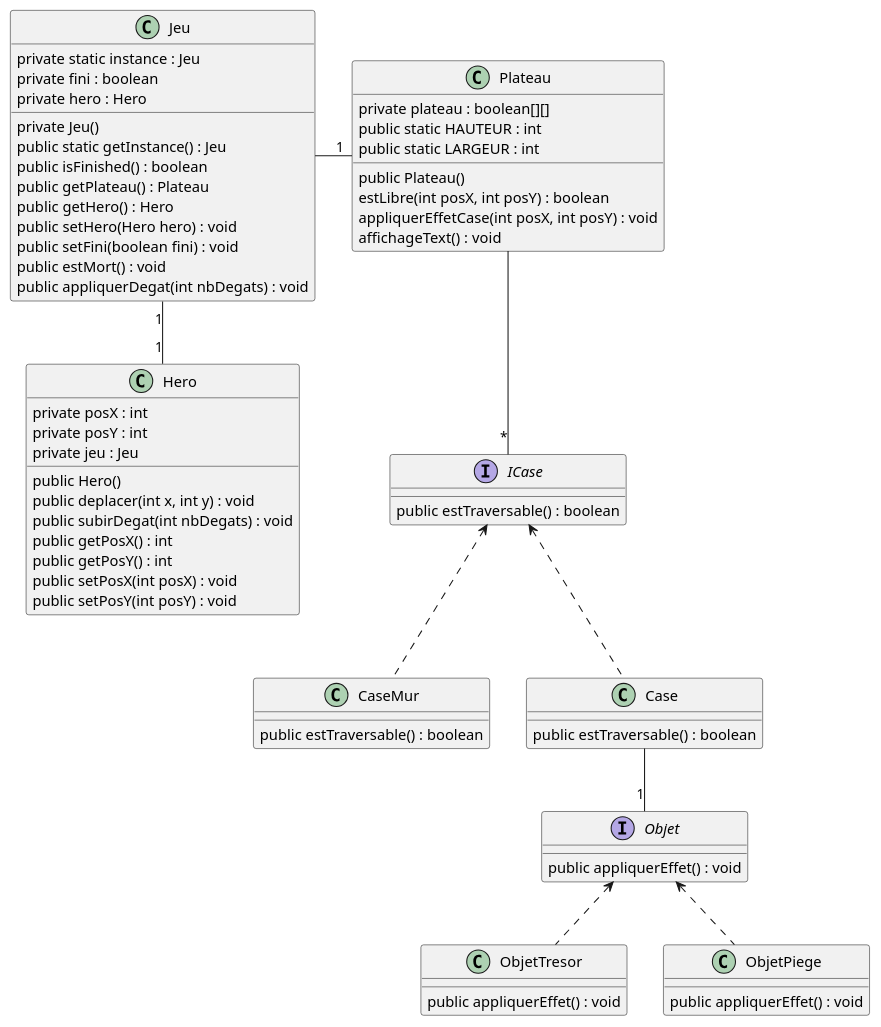
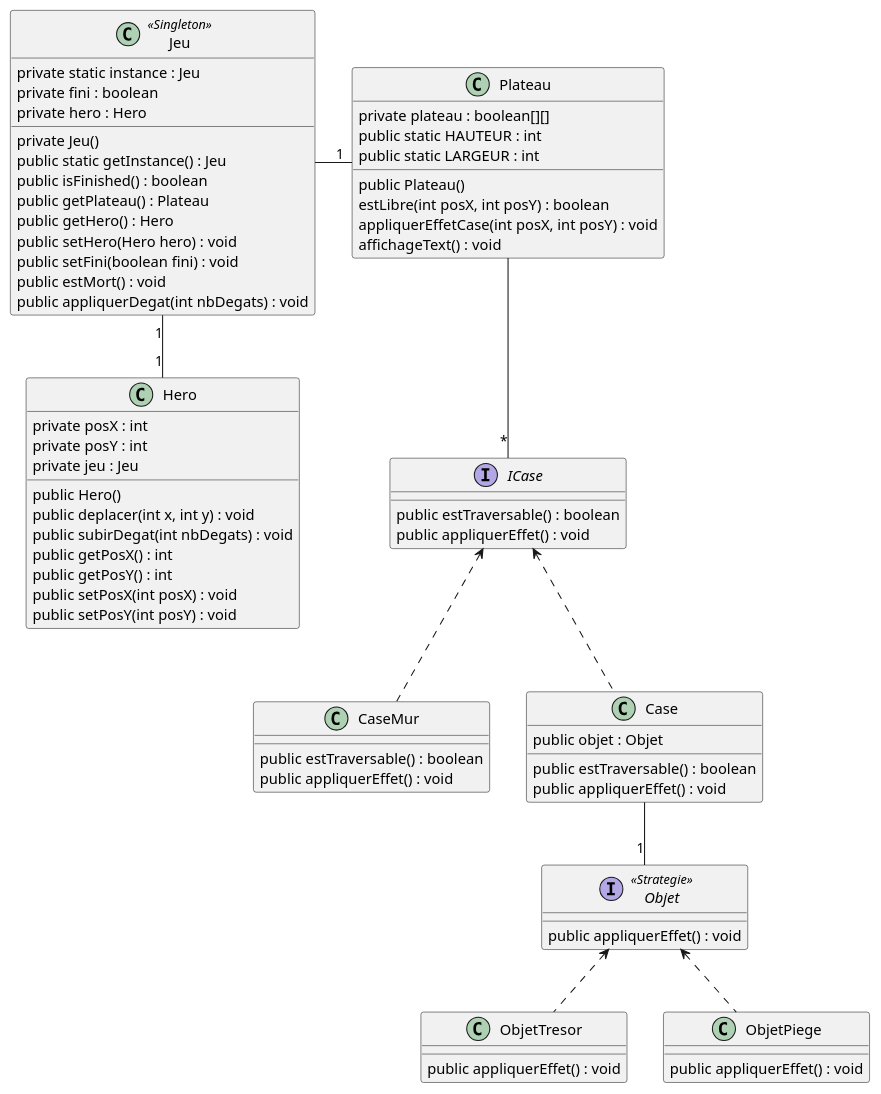
Before and after one commit to fujine/ACL2017_AbJoGuiQuen-: the diagram in Conception/V1.0/Diagramme de classe.puml, drawn with PlantUML. The commit also changed 9 other files, not shown here.

```diff
--- a/Conception/V1.0/Diagramme de classe.puml
+++ b/Conception/V1.0/Diagramme de classe.puml
@@ -1,74 +1,78 @@
 @startuml
 	Class Hero {
 		private posX : int
 		private posY : int
 		private jeu : Jeu
 
 		public Hero()
 		public deplacer(int x, int y) : void
 		public subirDegat(int nbDegats) : void
 		public getPosX() : int
 		public getPosY() : int
         public setPosX(int posX) : void
         public setPosY(int posY) : void
 	}
 	Class Plateau {
         private plateau : boolean[][]
         public static HAUTEUR : int
         public static LARGEUR : int
 
         public Plateau()
         estLibre(int posX, int posY) : boolean
         appliquerEffetCase(int posX, int posY) : void
         affichageText() : void
 
 	}
-	Class Jeu {
+	Class Jeu <<Singleton>>{
 	    private static instance : Jeu
         private fini : boolean
         private hero : Hero
 
         private Jeu()
         public static getInstance() : Jeu
         public isFinished() : boolean
         public getPlateau() : Plateau
         public getHero() : Hero
         public setHero(Hero hero) : void
         public setFini(boolean fini) : void
         public estMort() : void
         public appliquerDegat(int nbDegats) : void
 	}
 
 	Interface ICase {
 	    public estTraversable() : boolean
+	    public appliquerEffet() : void
 	}
 
-	Interface Objet {
+	Interface Objet <<Strategie>>{
 	    public appliquerEffet() : void
 	}
 
 	Class CaseMur {
 	    public estTraversable() : boolean
+	    public appliquerEffet() : void
 	}
 
 	Class ObjetTresor {
 	    public appliquerEffet() : void
 	}
 
 	Class Case {
+	    public objet : Objet
 	    public estTraversable() : boolean
+	    public appliquerEffet() : void
 	}
 
 	Class ObjetPiege {
 	    public appliquerEffet() : void
 	}
 
     Objet <.. ObjetPiege
     ICase <.. Case
     ICase <.. CaseMur
     Objet <.. ObjetTresor
     Case -- "1" Objet
     Plateau -- "*" ICase
 	Jeu "1" -down- "1" Hero
 	Jeu -right- "1" Plateau
 @enduml
```
